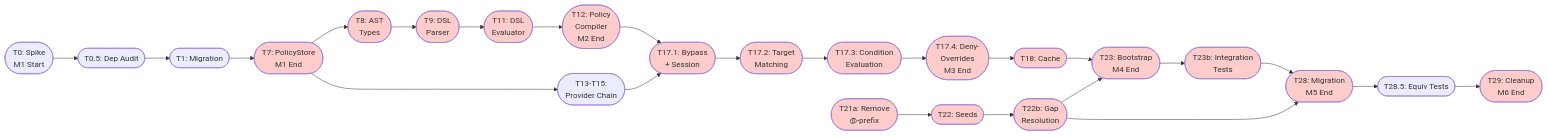
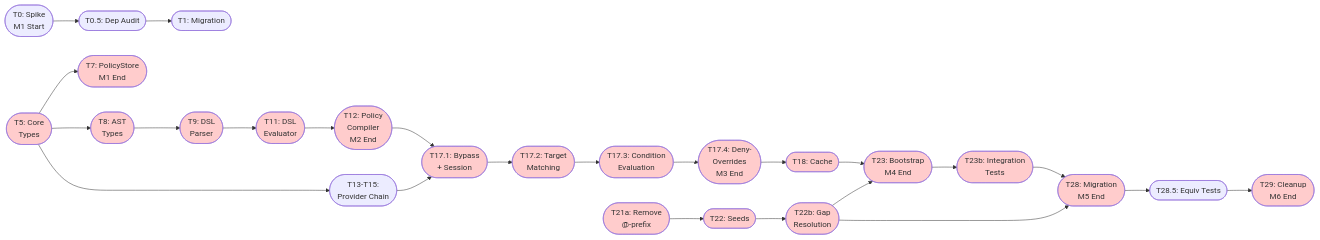
Before and after one commit to holomush/holomush: the first of 2 diagrams in docs/plans/2026-02-06-full-abac-implementation.md, drawn with Mermaid. The commit also changed other lines of this file and 3 other files, not shown here.

````diff
--- a/docs/plans/2026-02-06-full-abac-implementation.md
+++ b/docs/plans/2026-02-06-full-abac-implementation.md
@@ -105,48 +105,50 @@
 ```mermaid
 graph LR
     T0([T0: Spike<br/>M1 Start]) --> T0_5([T0.5: Dep Audit])
     T0_5 --> T1([T1: Migration])
-    T1 --> T7([T7: PolicyStore<br/>M1 End])
+    T5([T5: Core<br/>Types])
+    T5 --> T7([T7: PolicyStore<br/>M1 End])
 
-    T7 --> T8([T8: AST<br/>Types])
-    T7 --> T13_15([T13-T15:<br/>Provider Chain])
+    T5 --> T8([T8: AST<br/>Types])
+    T5 --> T13_15([T13-T15:<br/>Provider Chain])
 
     T8 --> T9([T9: DSL<br/>Parser])
     T9 --> T11([T11: DSL<br/>Evaluator])
     T11 --> T12([T12: Policy<br/>Compiler<br/>M2 End])
     T12 --> T17_1([T17.1: Bypass<br/>+ Session])
     T13_15 --> T17_1
     T17_1 --> T17_2([T17.2: Target<br/>Matching])
     T17_2 --> T17_3([T17.3: Condition<br/>Evaluation])
     T17_3 --> T17_4([T17.4: Deny-<br/>Overrides<br/>M3 End])
 
     T17_4 --> T18([T18: Cache])
     T18 --> T23([T23: Bootstrap<br/>M4 End])
     T21a([T21a: Remove<br/>@-prefix])
     T21a --> T22([T22: Seeds])
     T22 --> T22b([T22b: Gap<br/>Resolution])
     T22b --> T23
     T22b --> T28
     T23 --> T23b([T23b: Integration<br/>Tests])
     T23b --> T28([T28: Migration<br/>M5 End])
     T28 --> T28_5([T28.5: Equiv Tests])
     T28_5 --> T29([T29: Cleanup<br/>M6 End])
 
     style T7 fill:#ffcccc
+    style T5 fill:#ffcccc
     style T8 fill:#ffcccc
     style T9 fill:#ffcccc
     style T11 fill:#ffcccc
     style T12 fill:#ffcccc
     style T17_1 fill:#ffcccc
     style T17_2 fill:#ffcccc
     style T17_3 fill:#ffcccc
     style T17_4 fill:#ffcccc
     style T18 fill:#ffcccc
     style T21a fill:#ffcccc
     style T22 fill:#ffcccc
     style T22b fill:#ffcccc
     style T23 fill:#ffcccc
     style T23b fill:#ffcccc
     style T28 fill:#ffcccc
     style T29 fill:#ffcccc
 ```
````
